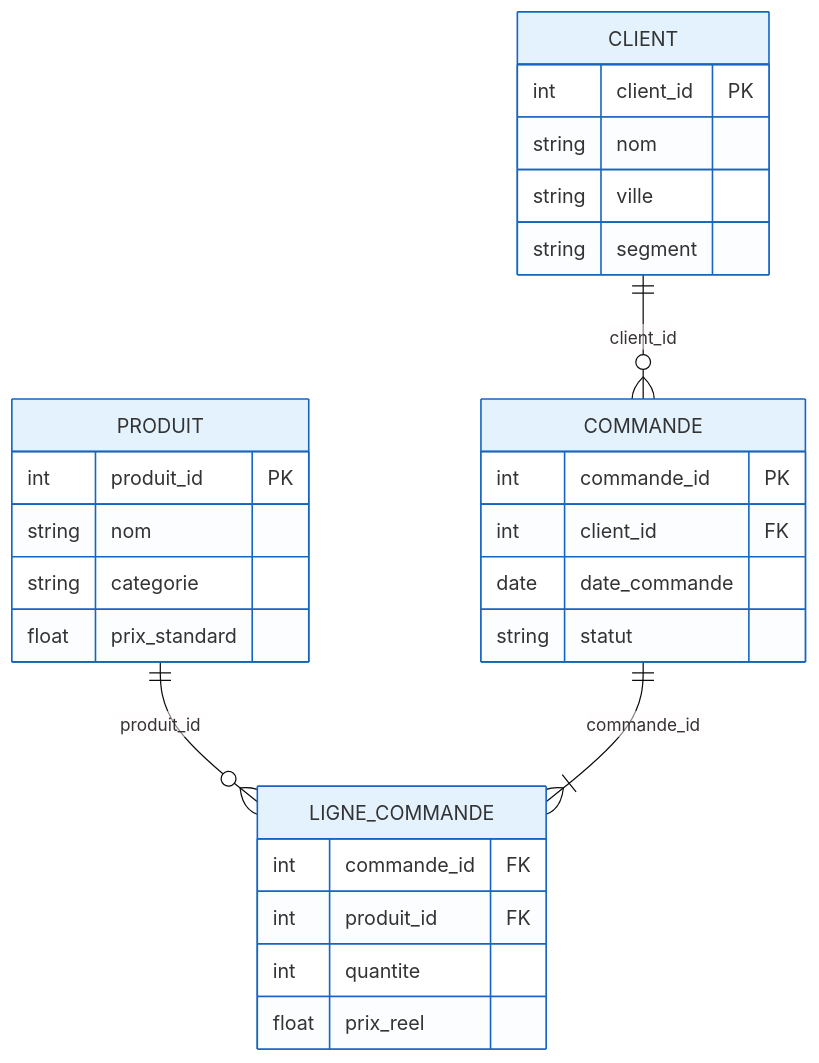
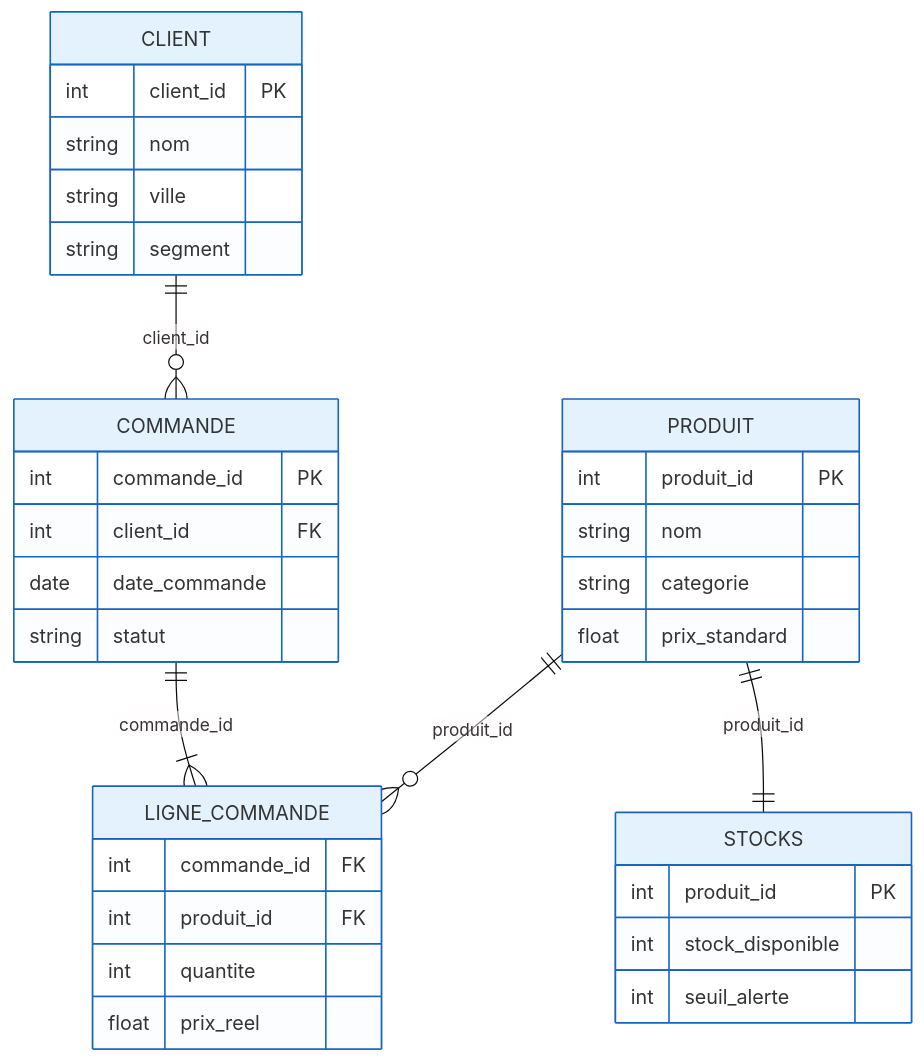
One commit to msellamiTN/data-multimodeling changed the diagram in td/td0-oltp-intro/solutions/readme.md. Above: the diagram before and after it, drawn with Mermaid. The commit also changed 1 other file, not shown here.

Commit message:
add STOCKS table to TD0 OLTP schema ERD and stock_eod field to TD1 fact_ventes table in solution readmes

````diff
--- a/td/td0-oltp-intro/solutions/readme.md
+++ b/td/td0-oltp-intro/solutions/readme.md
@@ -11,32 +11,38 @@
 ```mermaid
 %%{init: {'theme':'base', 'themeVariables': {'primaryColor': '#e3f2fd', 'primaryBorderColor': '#1565c0', 'secondaryColor': '#fff3e0', 'secondaryBorderColor': '#ef6c00'}}}%%
 erDiagram
   CLIENT ||--o{ COMMANDE : client_id
   PRODUIT ||--o{ LIGNE_COMMANDE : produit_id
   COMMANDE ||--|{ LIGNE_COMMANDE : commande_id
+  PRODUIT ||--|| STOCKS : produit_id
 
   CLIENT {
     int client_id PK
     string nom
     string ville
     string segment
   }
   PRODUIT {
     int produit_id PK
     string nom
     string categorie
     float prix_standard
   }
   COMMANDE {
     int commande_id PK
     int client_id FK
     date date_commande
     string statut
   }
   LIGNE_COMMANDE {
     int commande_id FK
     int produit_id FK
     int quantite
     float prix_reel
   }
+  STOCKS {
+    int produit_id PK
+    int stock_disponible
+    int seuil_alerte
+  }
 ```
````
